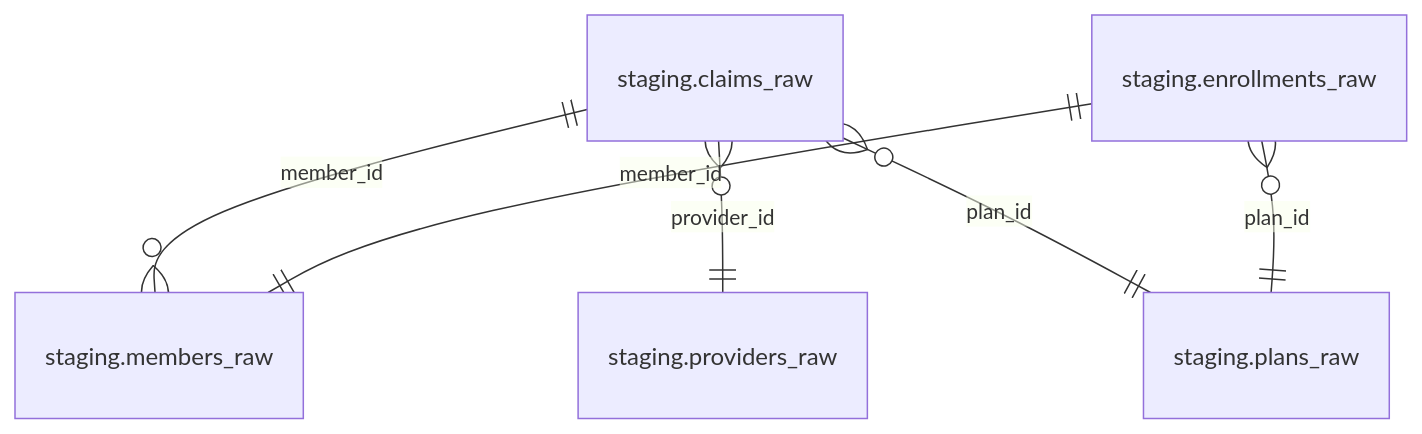
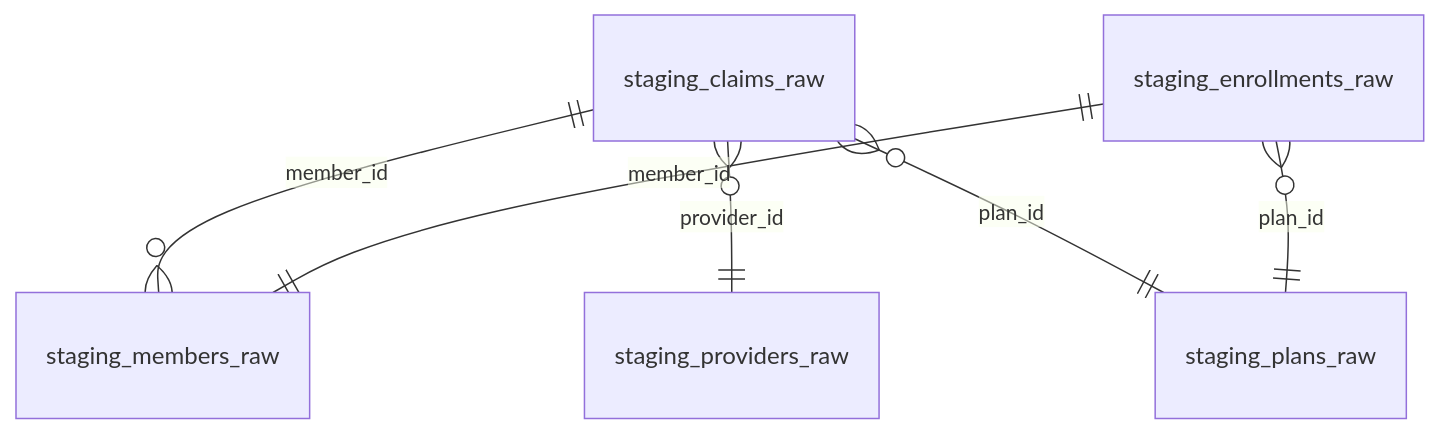
One commit to garthmortensen/aca_health changed the first of 4 diagrams in README.md. Above: the diagram before and after it, drawn with Mermaid. The commit also changed other lines of this file and 1 other file, not shown here.

Commit message:
fix(ERD): replace . with _

````diff
--- a/README.md
+++ b/README.md
@@ -99,8 +99,8 @@
 ```mermaid
 erDiagram
-    staging.claims_raw ||--o{ staging.members_raw : "member_id"
-    staging.claims_raw }o--|| staging.providers_raw : "provider_id"
-    staging.claims_raw }o--|| staging.plans_raw : "plan_id"
-    staging.enrollments_raw ||--|| staging.members_raw : "member_id"
-    staging.enrollments_raw }o--|| staging.plans_raw : "plan_id"
+  staging_claims_raw ||--o{ staging_members_raw : "member_id"
+  staging_claims_raw }o--|| staging_providers_raw : "provider_id"
+  staging_claims_raw }o--|| staging_plans_raw : "plan_id"
+  staging_enrollments_raw ||--|| staging_members_raw : "member_id"
+  staging_enrollments_raw }o--|| staging_plans_raw : "plan_id"
 ```
````
